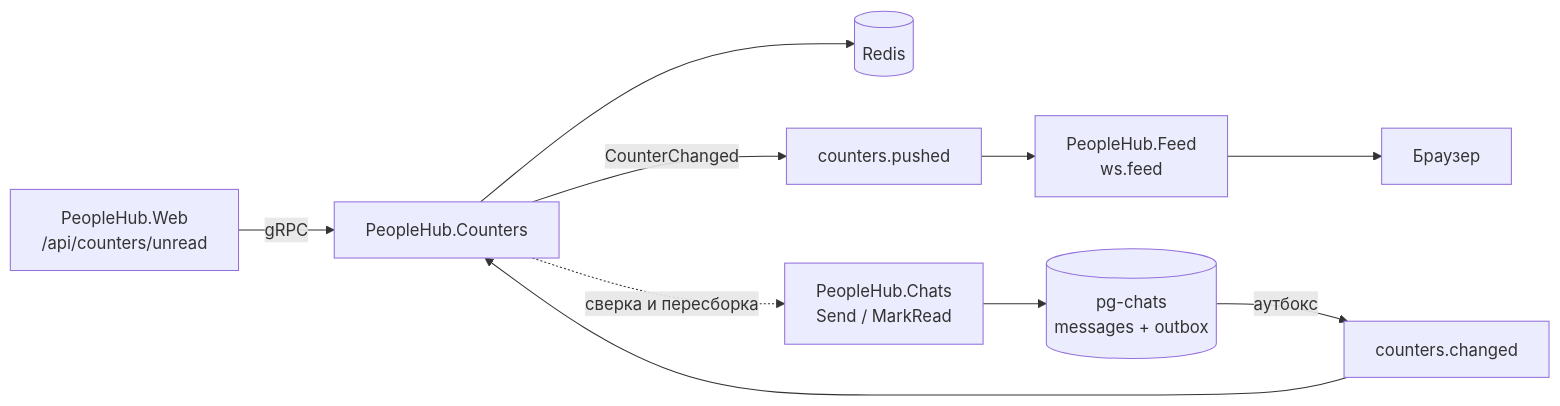
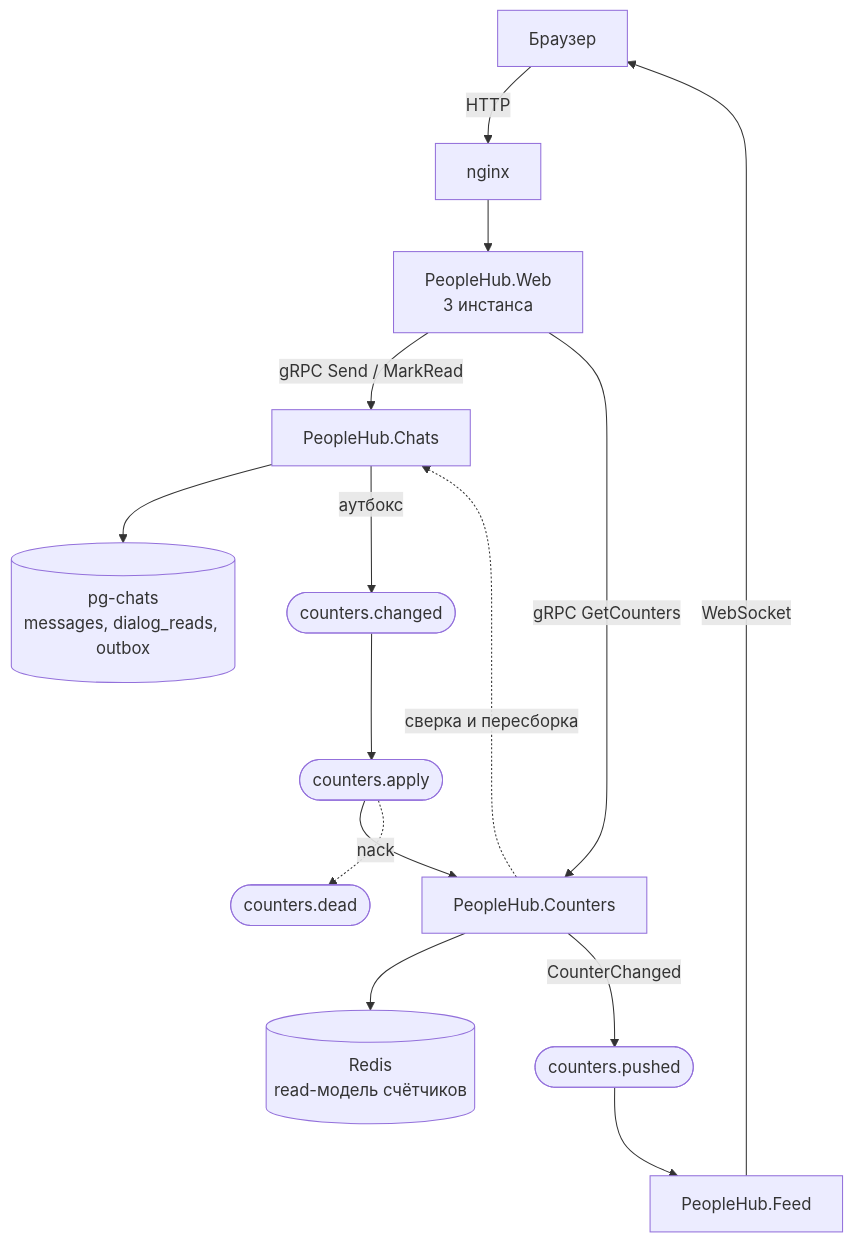
The diagram in docs/counters-service.md (soweneer/otus.people-hub), drawn with Mermaid before and after one commit. The commit also changed other lines of this file and 1 other file, not shown here.

````diff
--- a/docs/counters-service.md
+++ b/docs/counters-service.md
@@ -10,12 +59,17 @@
 ```mermaid
-flowchart LR
-    A["PeopleHub.Web<br/>/api/counters/unread"] -->|"gRPC"| B["PeopleHub.Counters"]
-    B --> C[("Redis")]
-    D["PeopleHub.Chats<br/>Send / MarkRead"] --> E[("pg-chats<br/>messages + outbox")]
-    E -->|"аутбокс"| F["counters.changed"]
-    F --> B
-    B -->|"CounterChanged"| G["counters.pushed"]
-    G --> H["PeopleHub.Feed<br/>ws.feed"]
-    H --> I["Браузер"]
-    B -.->|"сверка и пересборка"| D
+flowchart TB
+    U["Браузер"] -->|"HTTP"| N["nginx"]
+    N --> W["PeopleHub.Web<br/>3 инстанса"]
+    W -->|"gRPC Send / MarkRead"| C["PeopleHub.Chats"]
+    W -->|"gRPC GetCounters"| K["PeopleHub.Counters"]
+    C --> P[("pg-chats<br/>messages, dialog_reads, outbox")]
+    C -->|"аутбокс"| X(["counters.changed"])
+    X --> Q(["counters.apply"])
+    Q --> K
+    Q -.->|"nack"| D(["counters.dead"])
+    K --> R[("Redis<br/>read-модель счётчиков")]
+    K -->|"CounterChanged"| S(["counters.pushed"])
+    S --> F["PeopleHub.Feed"]
+    F -->|"WebSocket"| U
+    K -.->|"сверка и пересборка"| C
 ```
````
